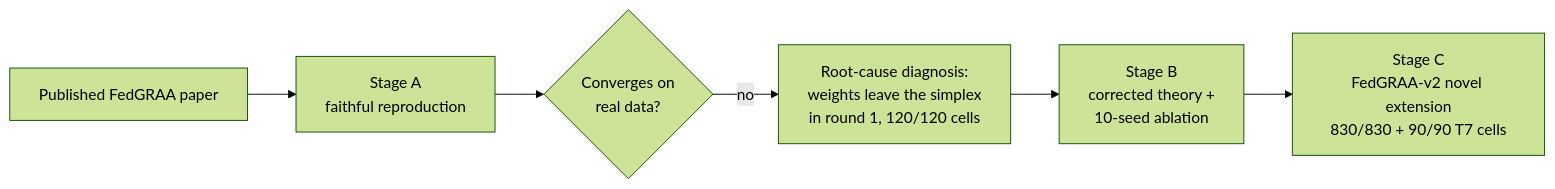
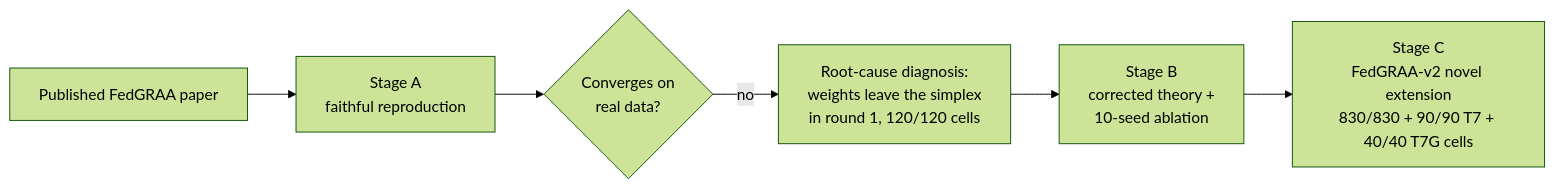
One commit to nikhilpravinpise/FedGRAA changed the diagram in README.md. Above: the diagram before and after it, drawn with Mermaid (forest theme). The commit also changed other lines of this file and 13 other files, not shown here.

````diff
--- a/README.md
+++ b/README.md
@@ -29,8 +29,8 @@
 ```mermaid
 flowchart LR
     A["Published FedGRAA paper"] --> B["Stage A\nfaithful reproduction"]
     B --> C{"Converges on\nreal data?"}
     C -- "no" --> D["Root-cause diagnosis:\nweights leave the simplex\nin round 1, 120/120 cells"]
     D --> E["Stage B\ncorrected theory +\n10-seed ablation"]
-    E --> F["Stage C\nFedGRAA-v2 novel extension\n830/830 + 90/90 T7 cells"]
+    E --> F["Stage C\nFedGRAA-v2 novel extension\n830/830 + 90/90 T7 + 40/40 T7G cells"]
 ```
````
